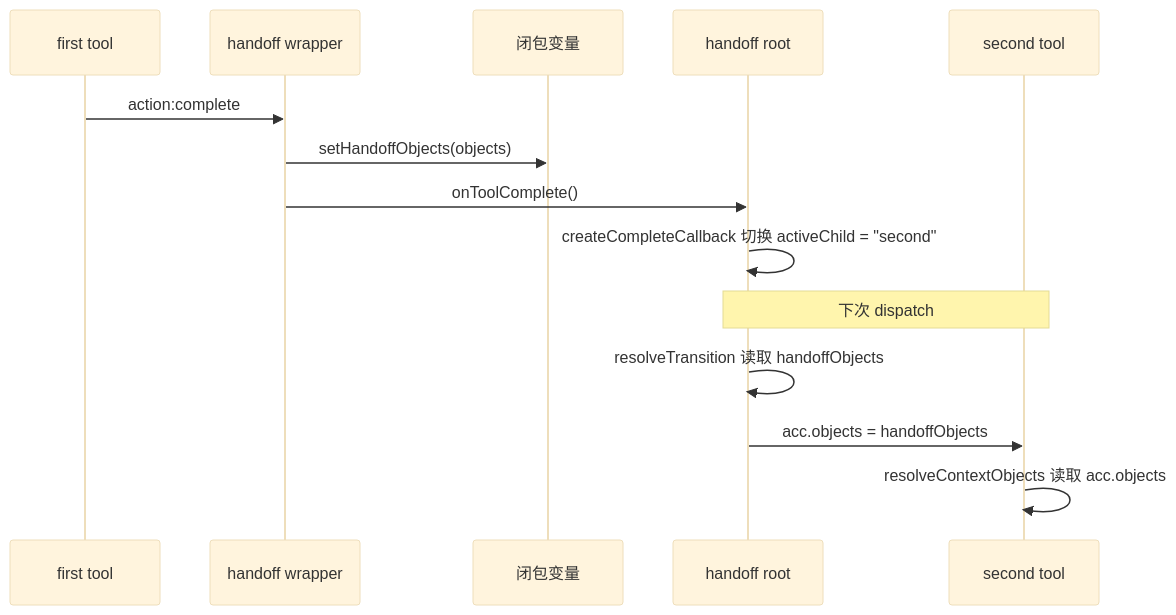
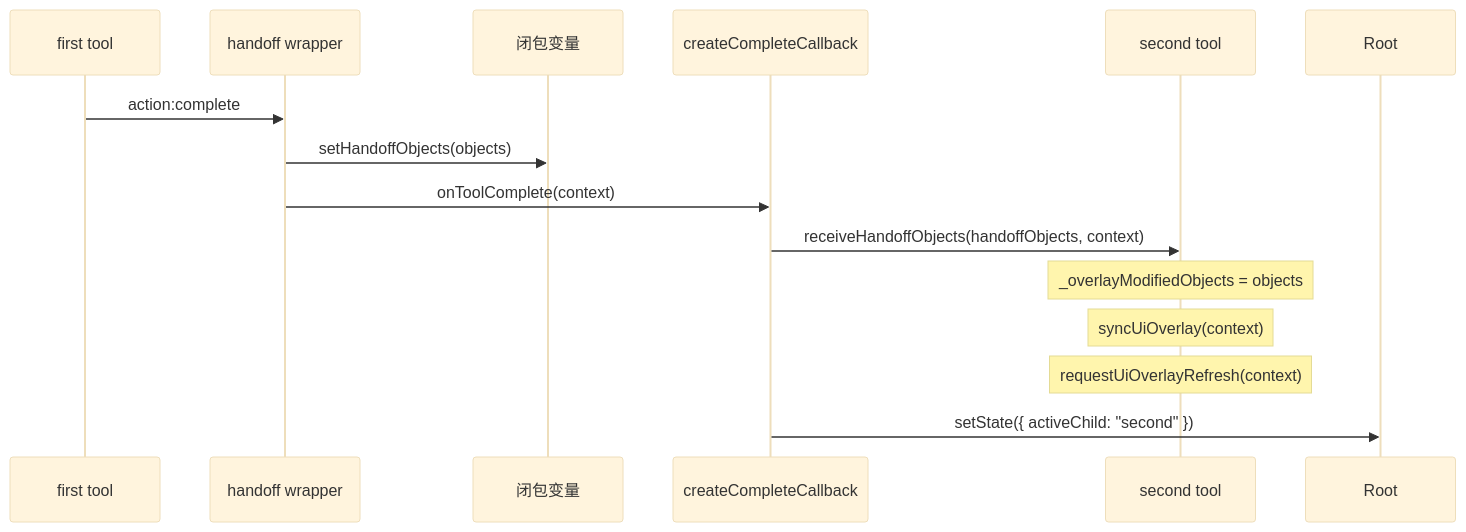
One commit to Frank-Steven/HoundWhiteboard changed the second of 3 diagrams in src/core/prefixs/docs/handoff-handler-document.md. Above: the diagram before and after it, drawn with Mermaid (base theme). The commit also changed other lines of this file and 10 other files, not shown here.

Commit message:
fix(tool): 修复对象选择工具的 overlay 生命周期过长及对象修改工具的 overlay 生命周期过短的问题

````diff
--- a/src/core/prefixs/docs/handoff-handler-document.md
+++ b/src/core/prefixs/docs/handoff-handler-document.md
@@ -41,17 +43,17 @@
 ```mermaid
 sequenceDiagram
     participant First as first tool
     participant Wrapper as handoff wrapper
     participant Closure as 闭包变量
-    participant Root as handoff root
+    participant Cb as createCompleteCallback
     participant Second as second tool
 
     First->>Wrapper: action:complete
     Wrapper->>Closure: setHandoffObjects(objects)
-    Wrapper->>Root: onToolComplete()
-    Root->>Root: createCompleteCallback 切换 activeChild = "second"
-    Note over Root,Second: 下次 dispatch
-    Root->>Root: resolveTransition 读取 handoffObjects
-    Root->>Second: acc.objects = handoffObjects
-    Second->>Second: resolveContextObjects 读取 acc.objects
+    Wrapper->>Cb: onToolComplete(context)
+    Cb->>Second: receiveHandoffObjects(handoffObjects, context)
+    Note over Second: _overlayModifiedObjects = objects
+    Note over Second: syncUiOverlay(context)
+    Note over Second: requestUiOverlayRefresh(context)
+    Cb->>Root: setState({ activeChild: "second" })
 ```
````
